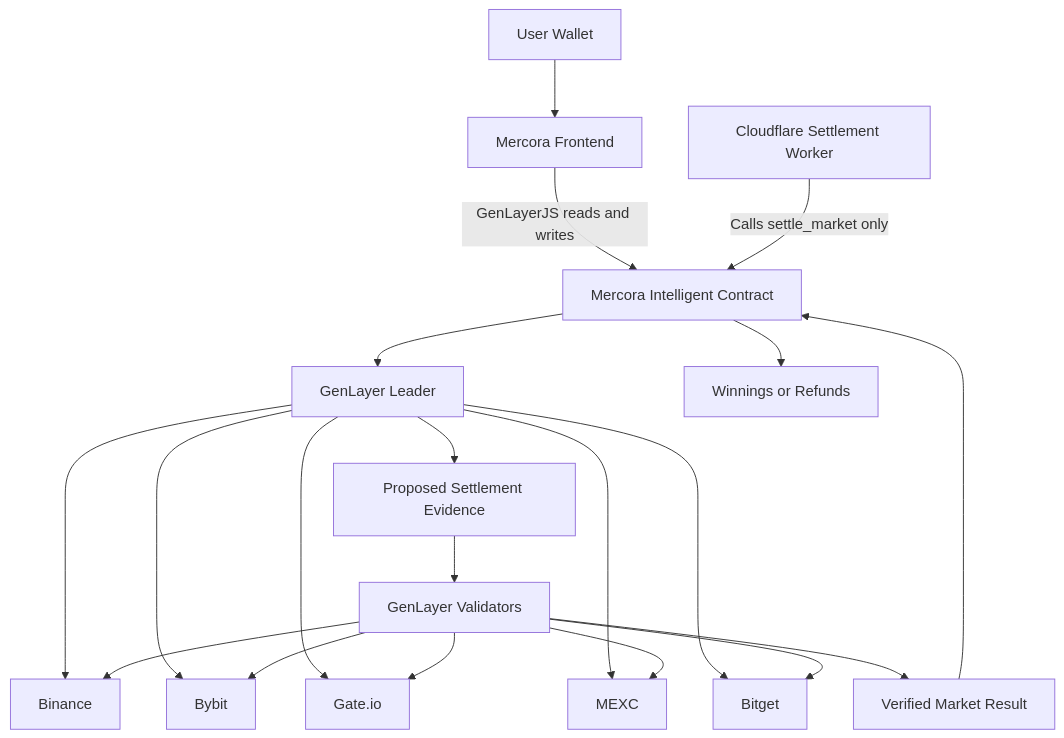
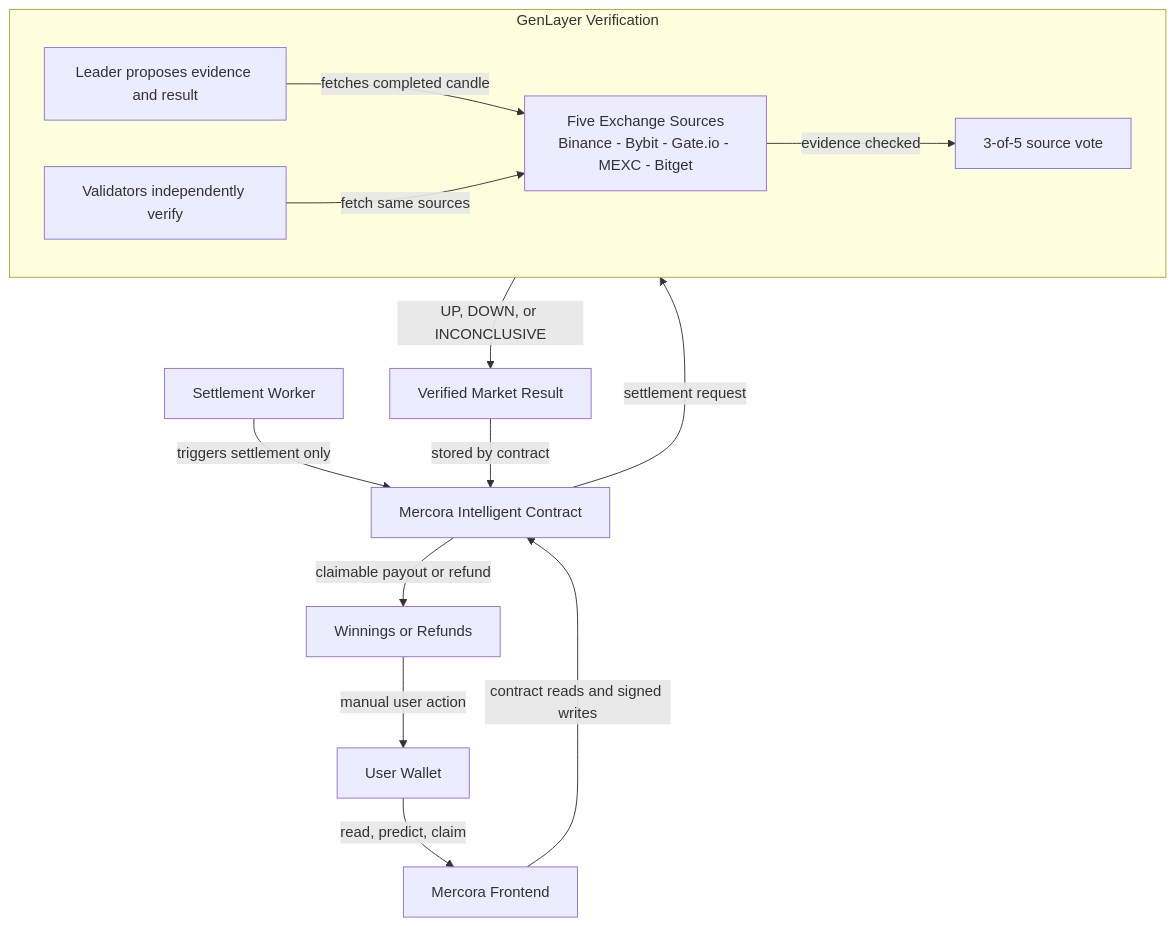
Before and after one commit to jason4185/mercora: the diagram in README.md, drawn with Mermaid. The commit also changed other lines of this file, not shown here.

Commit message:
Redesign Mercora README

````diff
--- a/README.md
+++ b/README.md
@@ -110,27 +138,28 @@
 ```mermaid
-flowchart TB
-    U[User Wallet] --> F[Mercora Frontend]
-    F -->|GenLayerJS reads and writes| C[Mercora Intelligent Contract]
+flowchart TD
+    U[User Wallet]
+    F[Mercora Frontend]
+    C[Mercora Intelligent Contract]
+    W[Settlement Worker]
+    R[Verified Market Result]
+    P[Winnings or Refunds]
 
-    W[Cloudflare Settlement Worker] -->|Calls settle_market only| C
+    subgraph G[GenLayer Verification]
+        L[Leader proposes evidence and result]
+        V[Validators independently verify]
+        E[Five Exchange Sources<br/>Binance - Bybit - Gate.io - MEXC - Bitget]
+        Q[3-of-5 source vote]
+        L -->|fetches completed candle| E
+        V -->|fetch same sources| E
+        E -->|evidence checked| Q
+    end
 
-    C --> L[GenLayer Leader]
-    L --> B[Binance]
-    L --> Y[Bybit]
-    L --> G[Gate.io]
-    L --> M[MEXC]
-    L --> T[Bitget]
-
-    L --> P[Proposed Settlement Evidence]
-    P --> V[GenLayer Validators]
-
-    V --> B
-    V --> Y
-    V --> G
-    V --> M
-    V --> T
-
-    V --> R[Verified Market Result]
-    R --> C
-    C --> O[Winnings or Refunds]
+    U -->|read, predict, claim| F
+    F -->|contract reads and signed writes| C
+    W -->|triggers settlement only| C
+    C -->|settlement request| G
+    G -->|UP, DOWN, or INCONCLUSIVE| R
+    R -->|stored by contract| C
+    C -->|claimable payout or refund| P
+    P -->|manual user action| U
 ```
````
